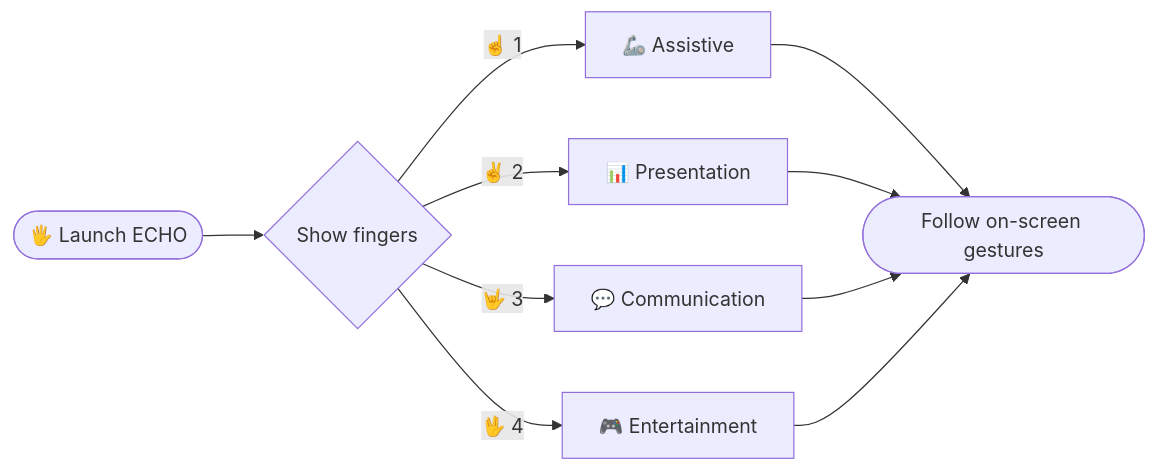
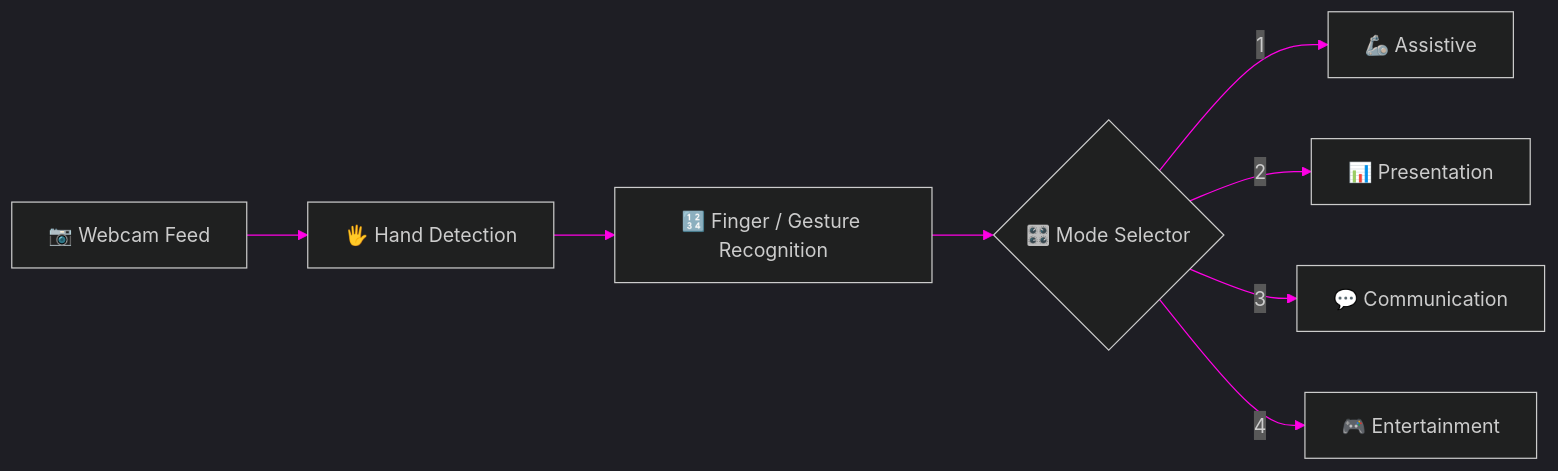
Before and after one commit to thansee-r/ECHO: the diagram in README.md, drawn with Mermaid. The commit also changed other lines of this file, not shown here.

````diff
--- a/README.md
+++ b/README.md
@@ -80,12 +131,11 @@
 ```mermaid
+%%{init: {'theme':'dark','themeVariables':{'primaryColor':'#1a0033','primaryBorderColor':'#00F0FF','lineColor':'#FF00E5','primaryTextColor':'#ffffff'}}}%%
 flowchart LR
-    A([🖐️ Launch ECHO]) --> B{Show fingers}
-    B -->|☝️ 1| C[🦾 Assistive]
-    B -->|✌️ 2| D[📊 Presentation]
-    B -->|🤟 3| E[💬 Communication]
-    B -->|🖖 4| F[🎮 Entertainment]
-    C --> G([Follow on-screen gestures])
-    D --> G
-    E --> G
-    F --> G
+    A[📷 Webcam Feed] --> B[🖐️ Hand Detection]
+    B --> C[🔢 Finger / Gesture Recognition]
+    C --> D{🎛️ Mode Selector}
+    D -->|1| E[🦾 Assistive]
+    D -->|2| F[📊 Presentation]
+    D -->|3| G[💬 Communication]
+    D -->|4| H[🎮 Entertainment]
 ```
````
